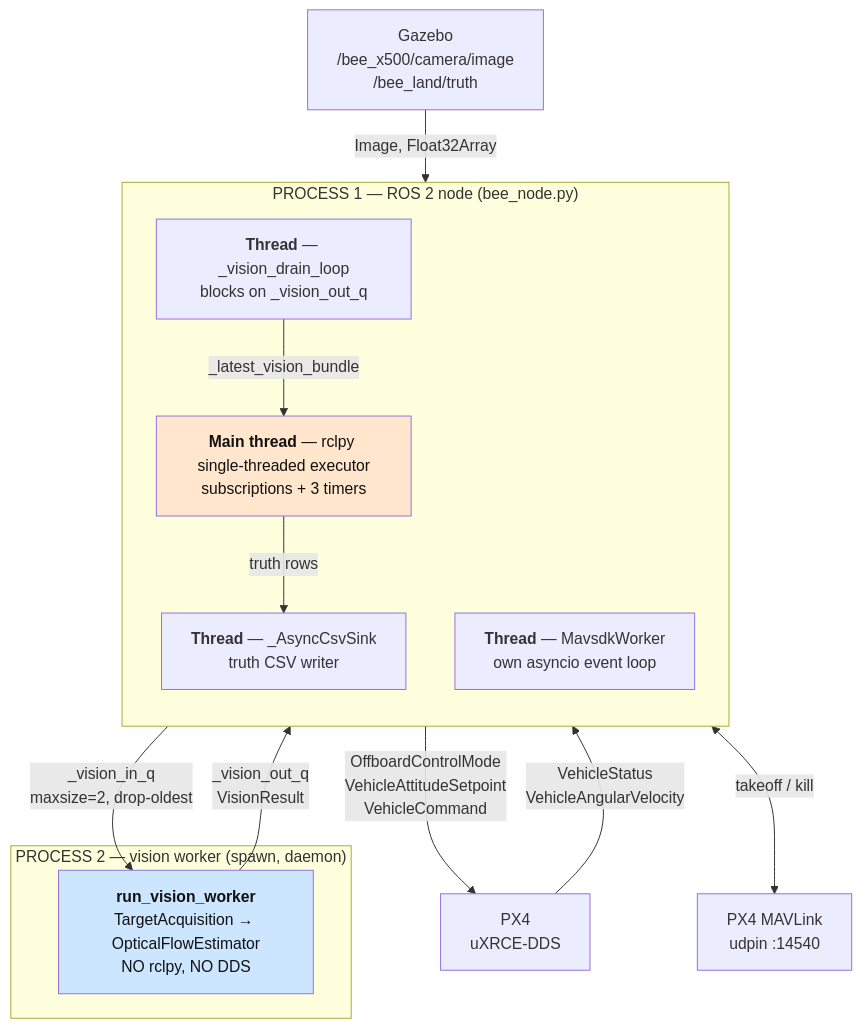
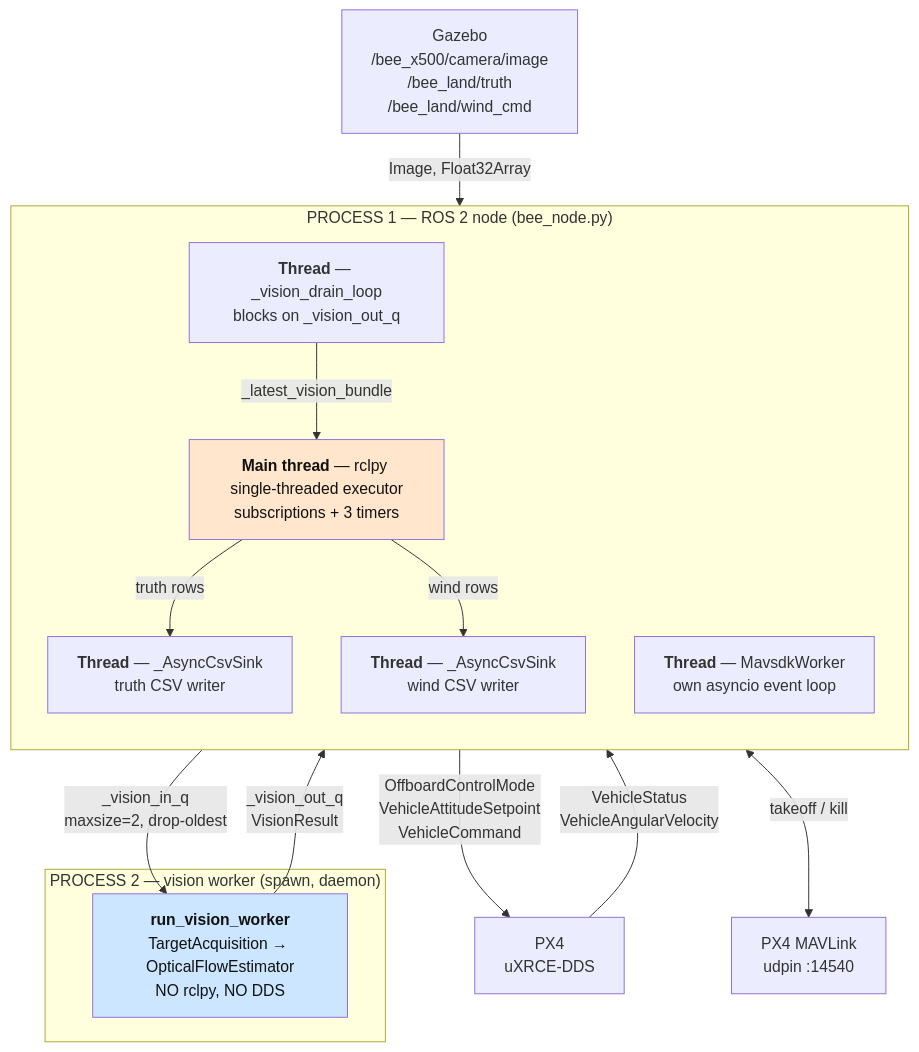
Before and after one commit to Berffe/OdometryMaxxing: the second of 7 diagrams in Controller_logic/README_controller_logic.md, drawn with Mermaid. The commit also changed other lines of this file and 8 other files, not shown here.

Commit message:
New wind alterations live. Also added a mask to remove the landing gear from image. For the next step, a smoother hand-off from the APPROACH_PROBE to FINAL_PROBE is being designed to guarantee a better centering during probe phases.

````diff
--- a/Controller_logic/README_controller_logic.md
+++ b/Controller_logic/README_controller_logic.md
@@ -179,30 +194,32 @@
 ```mermaid
 graph TB
     subgraph P1["PROCESS 1 — ROS 2 node (bee_node.py)"]
         direction TB
         EXEC["<b>Main thread</b> — rclpy single-threaded executor<br/>subscriptions + 3 timers"]
         DRAIN["<b>Thread</b> — _vision_drain_loop<br/>blocks on _vision_out_q"]
         MAVT["<b>Thread</b> — MavsdkWorker<br/>own asyncio event loop"]
         CSVT["<b>Thread</b> — _AsyncCsvSink<br/>truth CSV writer"]
+        CSVW["<b>Thread</b> — _AsyncCsvSink<br/>wind CSV writer"]
     end
 
     subgraph P2["PROCESS 2 — vision worker (spawn, daemon)"]
         VW["<b>run_vision_worker</b><br/>TargetAcquisition → OpticalFlowEstimator<br/>NO rclpy, NO DDS"]
     end
 
-    GZ["Gazebo<br/>/bee_x500/camera/image<br/>/bee_land/truth"]
+    GZ["Gazebo<br/>/bee_x500/camera/image<br/>/bee_land/truth<br/>/bee_land/wind_cmd"]
     PX4["PX4<br/>uXRCE-DDS"]
     MAVL["PX4 MAVLink<br/>udpin :14540"]
 
     GZ -->|Image, Float32Array| EXEC
     PX4 -->|VehicleStatus<br/>VehicleAngularVelocity| EXEC
     EXEC -->|"_vision_in_q<br/>maxsize=2, drop-oldest"| VW
     VW -->|"_vision_out_q<br/>VisionResult"| DRAIN
     DRAIN -->|_latest_vision_bundle| EXEC
     EXEC -->|"OffboardControlMode<br/>VehicleAttitudeSetpoint<br/>VehicleCommand"| PX4
     MAVT <-->|"takeoff / kill"| MAVL
     EXEC -->|truth rows| CSVT
+    EXEC -->|wind rows| CSVW
 
     style EXEC fill:#ffe6cc,color:#111
     style VW fill:#cce6ff,color:#111
 ```
````
